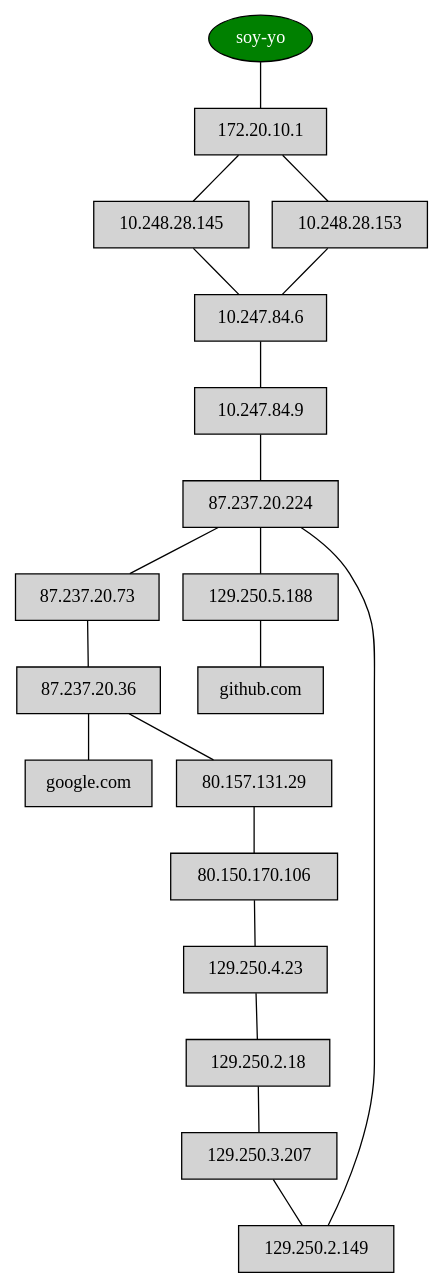
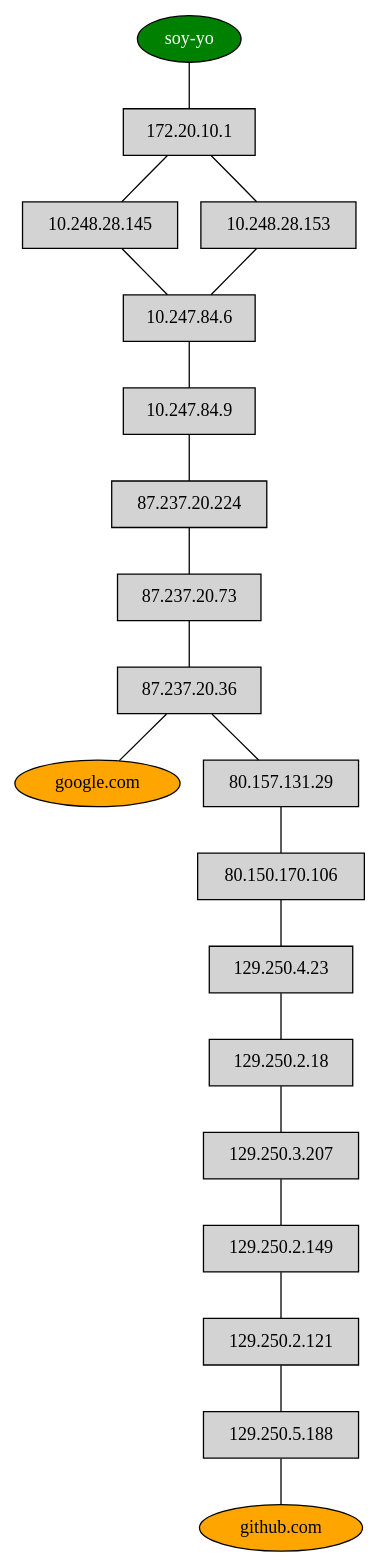
The diagram in example.dot (deanturpin/hosts2dot), drawn with Graphviz before and after one commit. The commit also changed 3 other files, not shown here.

```diff
--- a/example.dot
+++ b/example.dot
@@ -1,8 +1,10 @@
 strict graph {
 
   node [shape=rectangle style=filled]
   "soy-yo" [fillcolor=green shape=oval fontcolor=white]
 
-	"soy-yo" -- "172.20.10.1" -- "10.248.28.145" -- "10.247.84.6" -- "10.247.84.9" -- "87.237.20.224" -- "87.237.20.73" -- "87.237.20.36" -- "google.com" [fillcolor=orange shape=oval]
-	"soy-yo" -- "172.20.10.1" -- "10.248.28.153" -- "10.247.84.6" -- "10.247.84.9" -- "87.237.20.224" -- "87.237.20.73" -- "87.237.20.36" -- "80.157.131.29" -- "80.150.170.106" -- "129.250.4.23" -- "129.250.2.18" -- "129.250.3.207" -- "129.250.2.149" -- "87.237.20.224" -- "129.250.5.188" -- "github.com" [fillcolor=orange shape=oval]
+	"soy-yo" -- "172.20.10.1" -- "10.248.28.145" -- "10.247.84.6" -- "10.247.84.9" -- "87.237.20.224" -- "87.237.20.73" -- "87.237.20.36" -- "google.com"
+"google.com" [fillcolor=orange shape=oval]
+	"soy-yo" -- "172.20.10.1" -- "10.248.28.153" -- "10.247.84.6" -- "10.247.84.9" -- "87.237.20.224" -- "87.237.20.73" -- "87.237.20.36" -- "80.157.131.29" -- "80.150.170.106" -- "129.250.4.23" -- "129.250.2.18" -- "129.250.3.207" -- "129.250.2.149" -- "129.250.2.121" -- "129.250.5.188" -- "github.com"
+"github.com" [fillcolor=orange shape=oval]
 }
```
